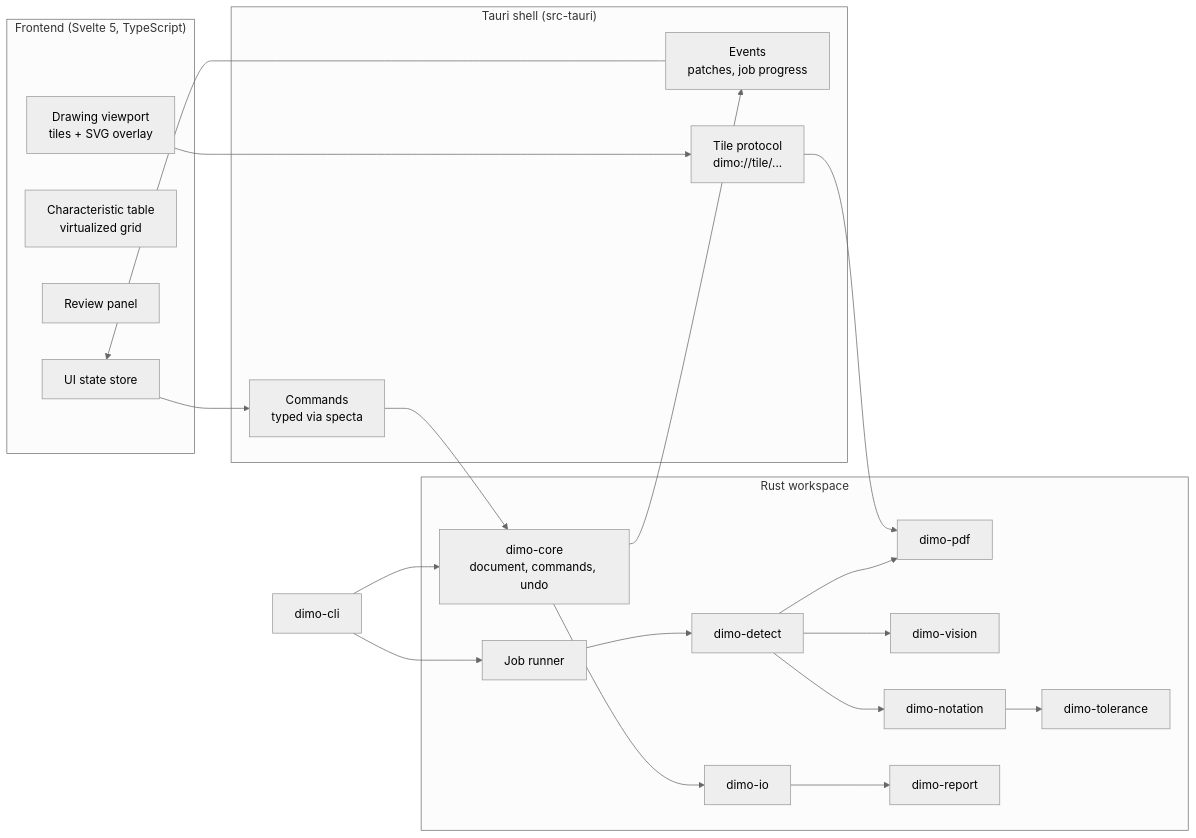
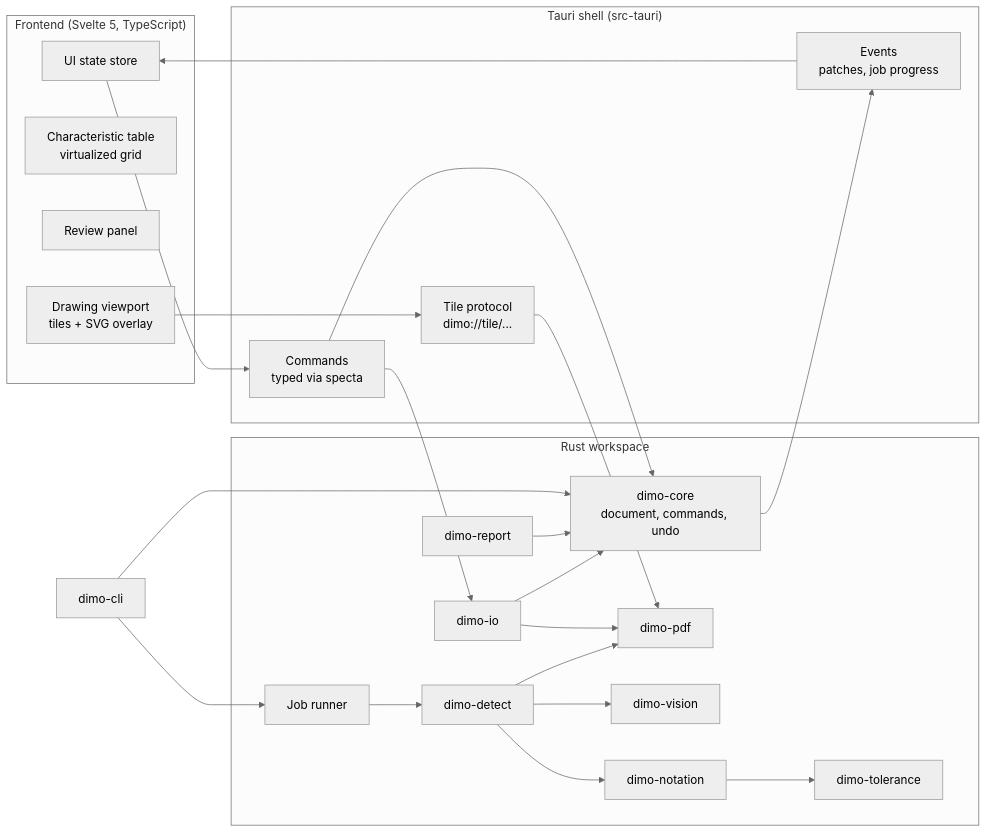
Before and after one commit to NC-PB/Dimo: the diagram in docs/spec/05-architecture.md, drawn with Mermaid (neutral theme). The commit also changed other lines of this file and 3 other files, not shown here.

First line of the commit message:
docs(adr): 0010 drawing source type and schema 4 (proposed)

````diff
--- a/docs/spec/05-architecture.md
+++ b/docs/spec/05-architecture.md
@@ -7,35 +7,38 @@
 ```mermaid
 flowchart LR
   subgraph Frontend["Frontend (Svelte 5, TypeScript)"]
     V[Drawing viewport<br/>tiles + SVG overlay]
     T[Characteristic table<br/>virtualized grid]
     R[Review panel]
     S[UI state store]
   end
   subgraph Tauri["Tauri shell (src-tauri)"]
     C[Commands<br/>typed via specta]
     E[Events<br/>patches, job progress]
     P[Tile protocol<br/>dimo://tile/...]
   end
   subgraph Core["Rust workspace"]
     CORE[dimo-core<br/>document, commands, undo]
     PDF[dimo-pdf]
     VIS[dimo-vision]
     DET[dimo-detect]
     NOT[dimo-notation]
     TOL[dimo-tolerance]
     IO[dimo-io]
     REP[dimo-report]
     JOB[Job runner]
   end
   CLI[dimo-cli]
   S --> C --> CORE
   CORE --> E --> S
   V --> P --> PDF
   JOB --> DET --> VIS
   DET --> NOT --> TOL
   DET --> PDF
-  CORE --> IO --> REP
+  IO --> CORE
+  IO --> PDF
+  REP --> CORE
+  C --> IO
   CLI --> CORE
   CLI --> JOB
 ```
````
